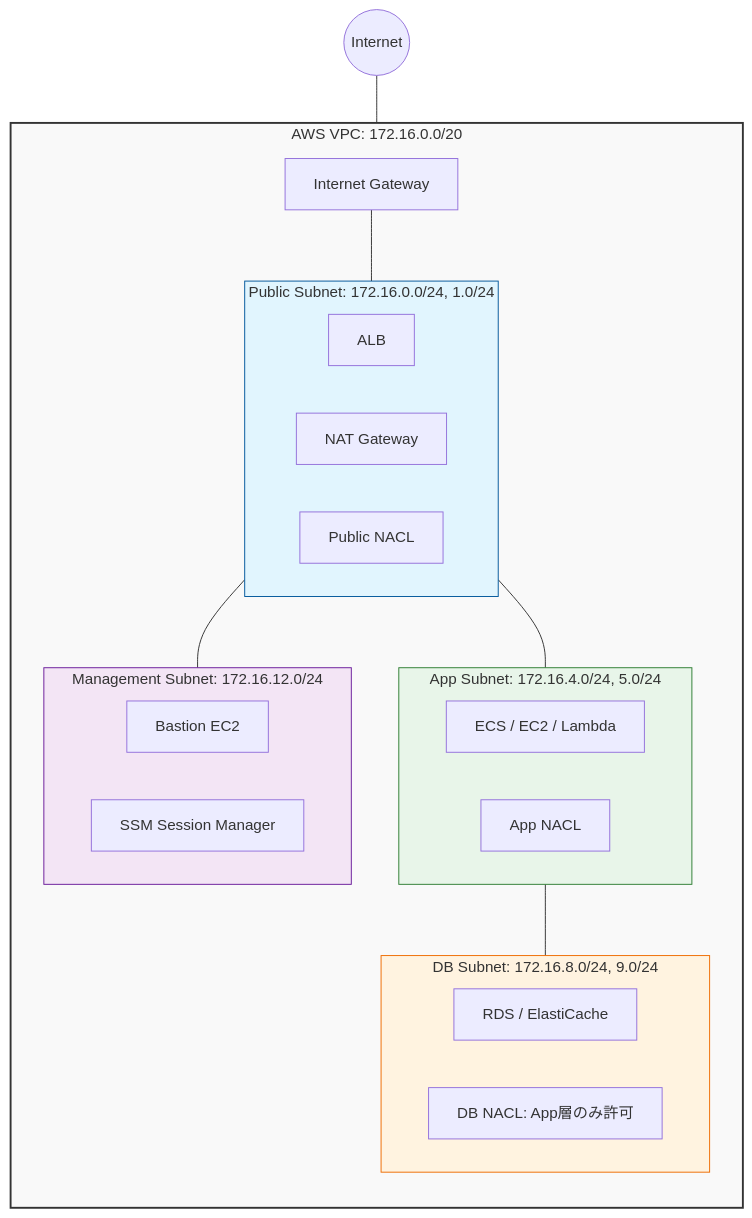
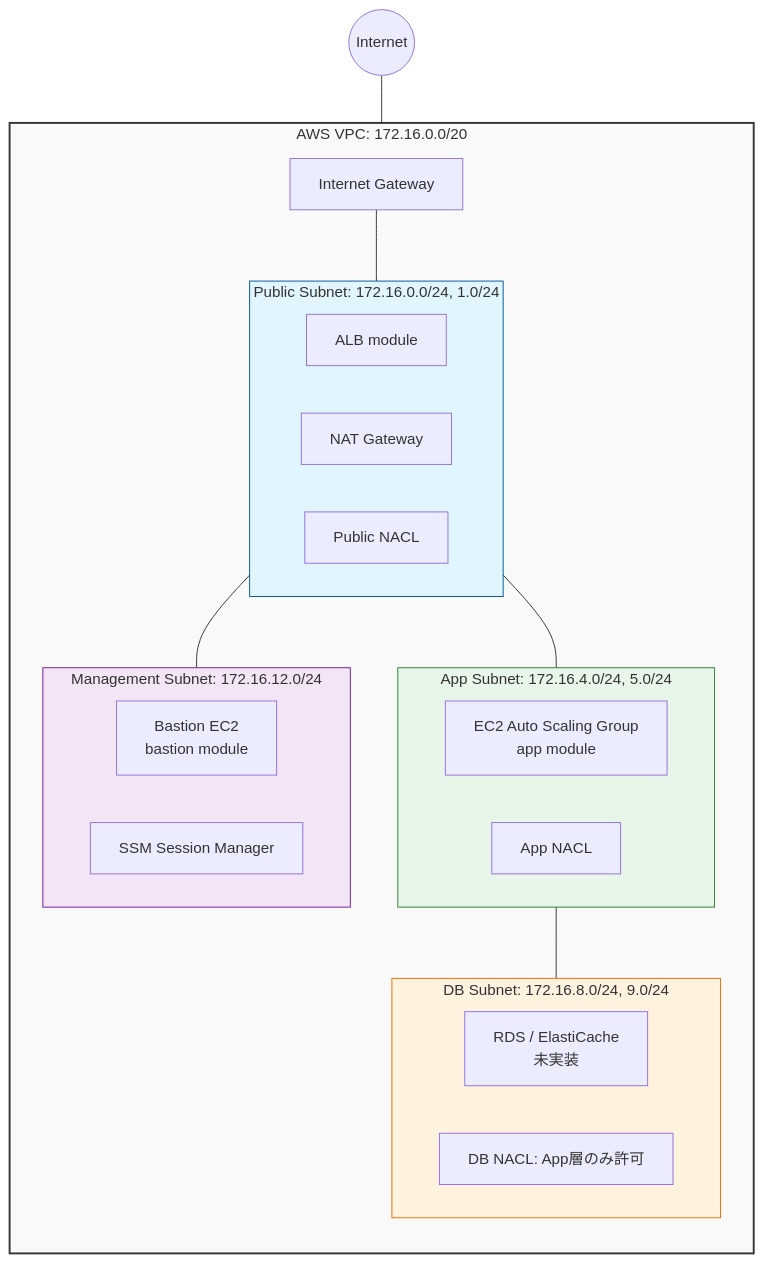
Before and after one commit to 0414st-design/Public: the diagram in README.md, drawn with Mermaid. The commit also changed other lines of this file, not shown here.

````diff
--- a/README.md
+++ b/README.md
@@ -8,46 +8,46 @@
 ```mermaid
 graph TD
     Internet((Internet))
 
     subgraph VPC [AWS VPC: 172.16.0.0/20]
         direction TB
         IGW[Internet Gateway]
 
         subgraph Public_Layer [Public Subnet: 172.16.0.0/24, 1.0/24]
             direction LR
-            ALB[ALB]
+            ALB[ALB module]
             NAT[NAT Gateway]
             NACL_Pub[Public NACL]
         end
 
         subgraph App_Layer [App Subnet: 172.16.4.0/24, 5.0/24]
             direction LR
-            ECS[ECS / EC2 / Lambda]
+            ASG[EC2 Auto Scaling Group<br/>app module]
             NACL_App[App NACL]
         end
 
         subgraph DB_Layer [DB Subnet: 172.16.8.0/24, 9.0/24]
             direction LR
-            RDS[RDS / ElastiCache]
+            RDS[RDS / ElastiCache<br/>未実装]
             NACL_DB[DB NACL: App層のみ許可]
         end
 
         subgraph Mgmt_Layer [Management Subnet: 172.16.12.0/24]
             direction LR
-            Bastion[Bastion EC2]
+            Bastion[Bastion EC2<br/>bastion module]
             SSM[SSM Session Manager]
         end
     end
 
     Internet --- IGW
     IGW --- Public_Layer
     Public_Layer --- App_Layer
     App_Layer --- DB_Layer
     NAT --- Mgmt_Layer
 
     style VPC fill:#f9f9f9,stroke:#333,stroke-width:2px
     style Public_Layer fill:#e1f5fe,stroke:#01579b
     style App_Layer fill:#e8f5e9,stroke:#2e7d32
     style DB_Layer fill:#fff3e0,stroke:#ef6c00
     style Mgmt_Layer fill:#f3e5f5,stroke:#6a1b9a
 ```
````
